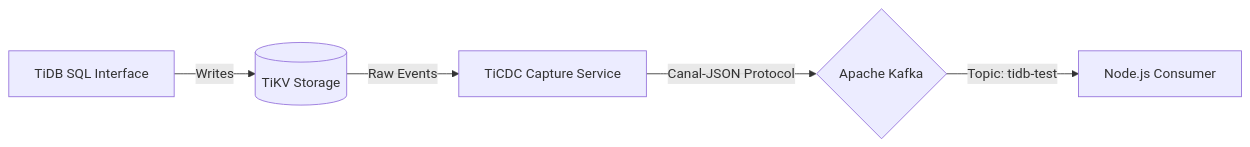
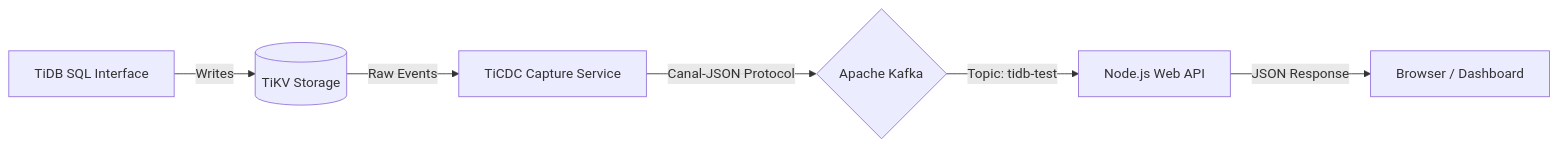
The diagram in README.md (AdirGelkop/tidb-event-streaming), drawn with Mermaid before and after one commit. The commit also changed other lines of this file and 3 other files, not shown here.

````diff
--- a/README.md
+++ b/README.md
@@ -7,7 +7,8 @@
 ```mermaid
 graph LR
     A[TiDB SQL Interface] -- Writes --> B[(TiKV Storage)]
     B -- Raw Events --> C[TiCDC Capture Service]
     C -- Canal-JSON Protocol --> D{Apache Kafka}
-    D -- Topic: tidb-test --> E[Node.js Consumer]
+    D -- Topic: tidb-test --> E[Node.js Web API]
+    E -- JSON Response --> F[Browser / Dashboard]
 ```
````
